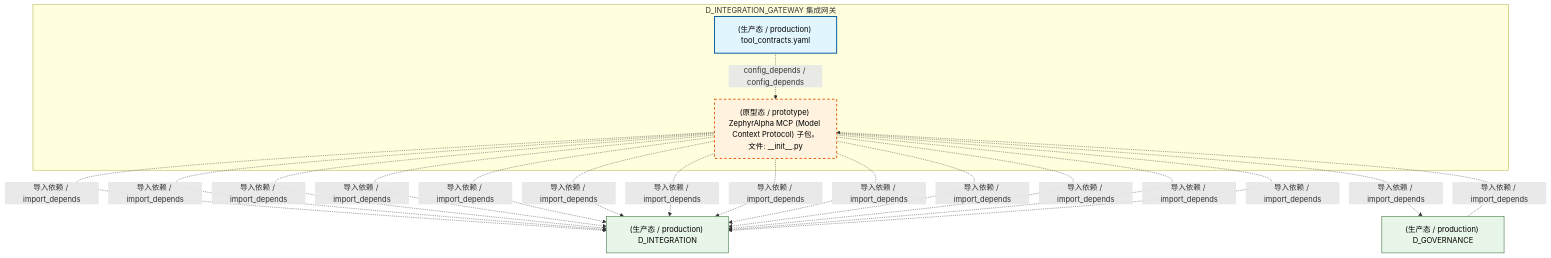
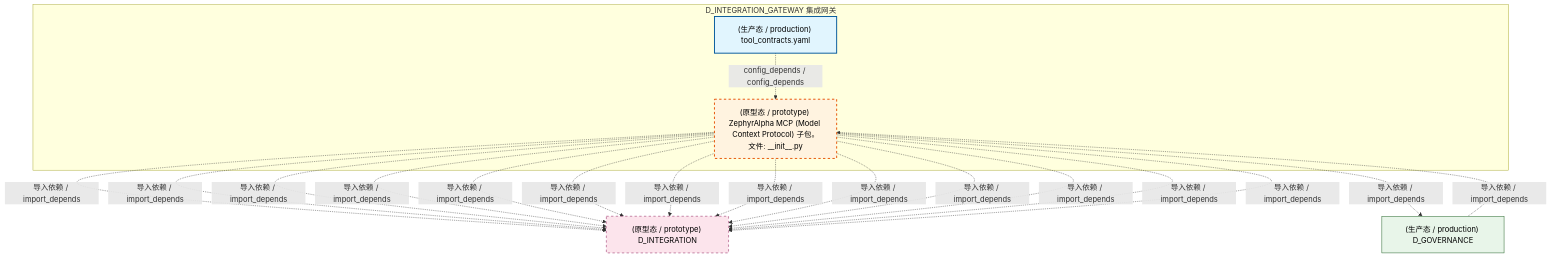
Before and after one commit to xuanFelixVan/ZephyrAlpha: the first of 4 diagrams in docs/02_enterprise_architecture/02_domain_architecture_docs/19_d_integration_gateway.md, drawn with Mermaid. The commit also changed other lines of this file and 126 other files, not shown here.

````diff
--- a/docs/02_enterprise_architecture/02_domain_architecture_docs/19_d_integration_gateway.md
+++ b/docs/02_enterprise_architecture/02_domain_architecture_docs/19_d_integration_gateway.md
@@ -65,32 +65,33 @@
 ```mermaid
 graph TD
     subgraph D_INTEGRATION_GATEWAY["D_INTEGRATION_GATEWAY 集成网关"]
         src_zephyr_integration_mcp_init_py["(原型态 / prototype) ZephyrAlpha MCP (Model Context Protocol) 子包。<br/>文件: __init__.py"]
         src_zephyr_integration_mcp_tool_contracts_yaml["(生产态 / production) tool_contracts.yaml"]
     end
     src_zephyr_integration_mcp_tool_contracts_yaml -.->|config_depends / config_depends| src_zephyr_integration_mcp_init_py
-    D_INTEGRATION["(生产态 / production) D_INTEGRATION"]
-    src_zephyr_integration_mcp_init_py -.->|导入依赖 / import_depends| D_INTEGRATION
-    src_zephyr_integration_mcp_init_py -.->|导入依赖 / import_depends| D_INTEGRATION
-    D_GOVERNANCE["(生产态 / production) D_GOVERNANCE"]
-    src_zephyr_integration_mcp_init_py -.->|导入依赖 / import_depends| D_GOVERNANCE
+    D_INTEGRATION["(原型态 / prototype) D_INTEGRATION"]
     src_zephyr_integration_mcp_init_py -.->|导入依赖 / import_depends| D_INTEGRATION
     src_zephyr_integration_mcp_init_py -.->|导入依赖 / import_depends| D_INTEGRATION
     src_zephyr_integration_mcp_init_py -.->|导入依赖 / import_depends| D_INTEGRATION
     src_zephyr_integration_mcp_init_py -.->|导入依赖 / import_depends| D_INTEGRATION
     src_zephyr_integration_mcp_init_py -.->|导入依赖 / import_depends| D_INTEGRATION
+    src_zephyr_integration_mcp_init_py -.->|导入依赖 / import_depends| D_INTEGRATION
+    src_zephyr_integration_mcp_init_py -.->|导入依赖 / import_depends| D_INTEGRATION
+    D_GOVERNANCE["(生产态 / production) D_GOVERNANCE"]
+    src_zephyr_integration_mcp_init_py -.->|导入依赖 / import_depends| D_GOVERNANCE
     src_zephyr_integration_mcp_init_py -.->|导入依赖 / import_depends| D_INTEGRATION
     src_zephyr_integration_mcp_init_py -.->|导入依赖 / import_depends| D_INTEGRATION
     src_zephyr_integration_mcp_init_py -.->|导入依赖 / import_depends| D_INTEGRATION
     src_zephyr_integration_mcp_init_py -.->|导入依赖 / import_depends| D_INTEGRATION
     src_zephyr_integration_mcp_init_py -.->|导入依赖 / import_depends| D_INTEGRATION
     src_zephyr_integration_mcp_init_py -.->|导入依赖 / import_depends| D_INTEGRATION
     D_GOVERNANCE -.->|导入依赖 / import_depends| src_zephyr_integration_mcp_init_py
     classDef production fill:#e1f5fe,stroke:#01579b,stroke-width:2px,color:#000
     classDef design fill:#fff3e0,stroke:#e65100,stroke-width:2px,color:#000,stroke-dasharray: 5 5
     classDef external_prod fill:#e8f5e9,stroke:#1b5e20,stroke-width:1px,color:#000
     classDef external_design fill:#fce4ec,stroke:#880e4f,stroke-width:1px,color:#000,stroke-dasharray: 5 5
     class src_zephyr_integration_mcp_tool_contracts_yaml production
     class src_zephyr_integration_mcp_init_py design
-    class D_INTEGRATION,D_GOVERNANCE external_prod
+    class D_GOVERNANCE external_prod
+    class D_INTEGRATION external_design
 ```
````
